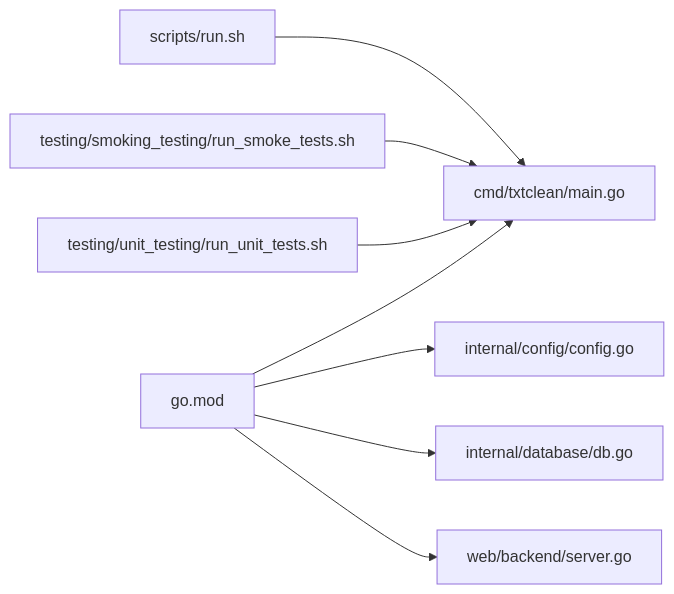
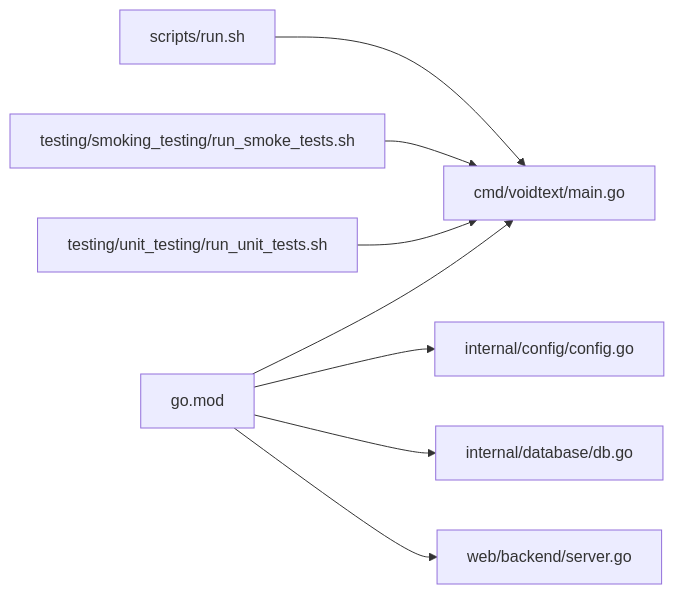
Before and after one commit to handy-h/VoidText: the eighth of 8 diagrams in repowikis/测试策略/测试环境管理.md, drawn with Mermaid. The commit also changed other lines of this file and 101 other files, not shown here.

````diff
--- a/repowikis/测试策略/测试环境管理.md
+++ b/repowikis/测试策略/测试环境管理.md
@@ -267,10 +267,10 @@
 ```mermaid
 graph LR
-MOD["go.mod"] --> MAIN["cmd/txtclean/main.go"]
+MOD["go.mod"] --> MAIN["cmd/voidtext/main.go"]
 MOD --> CFG["internal/config/config.go"]
 MOD --> DB["internal/database/db.go"]
 MOD --> WEB["web/backend/server.go"]
 RUN["scripts/run.sh"] --> MAIN
 SM["testing/smoking_testing/run_smoke_tests.sh"] --> MAIN
 UT["testing/unit_testing/run_unit_tests.sh"] --> MAIN
 ```
````
